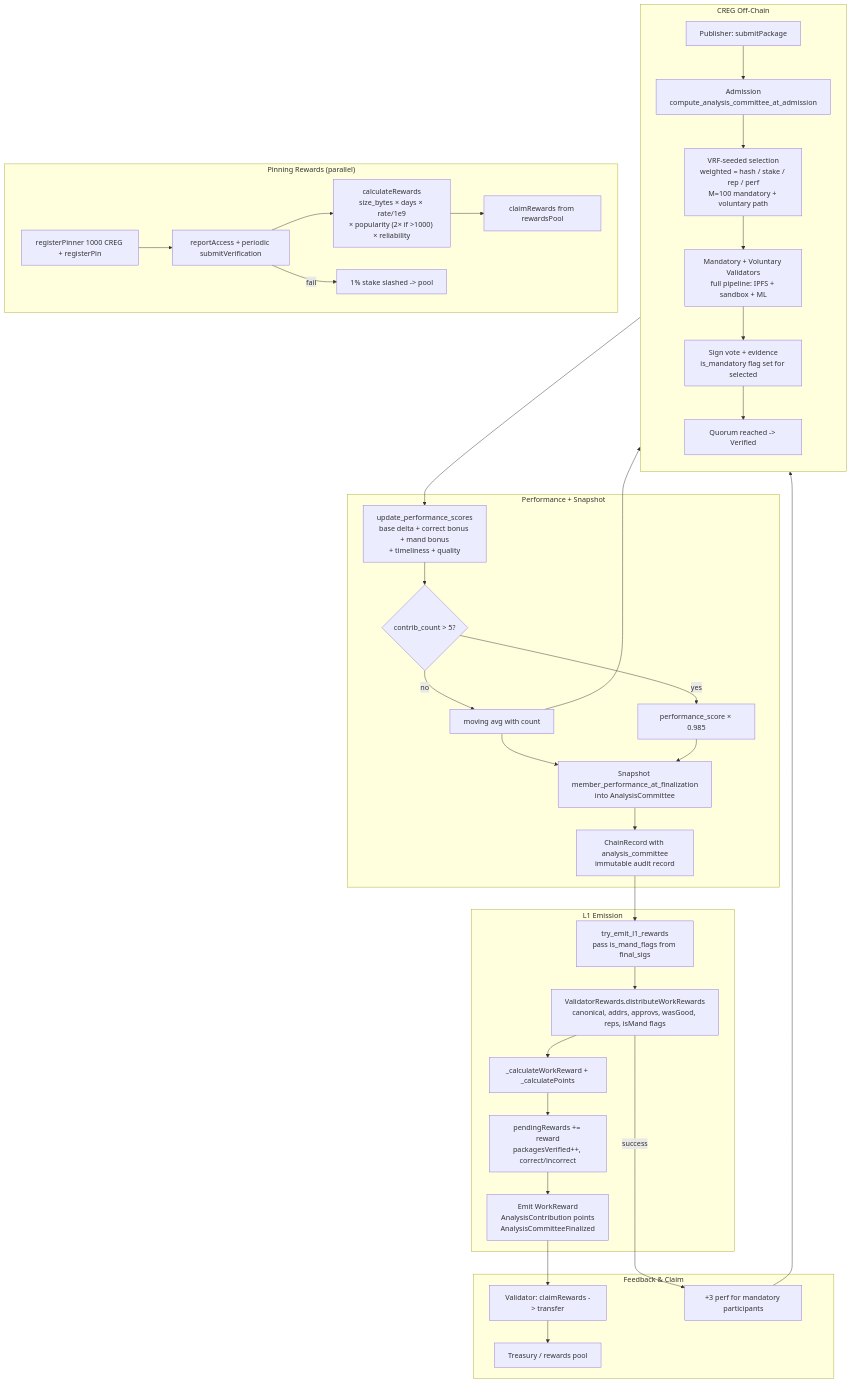
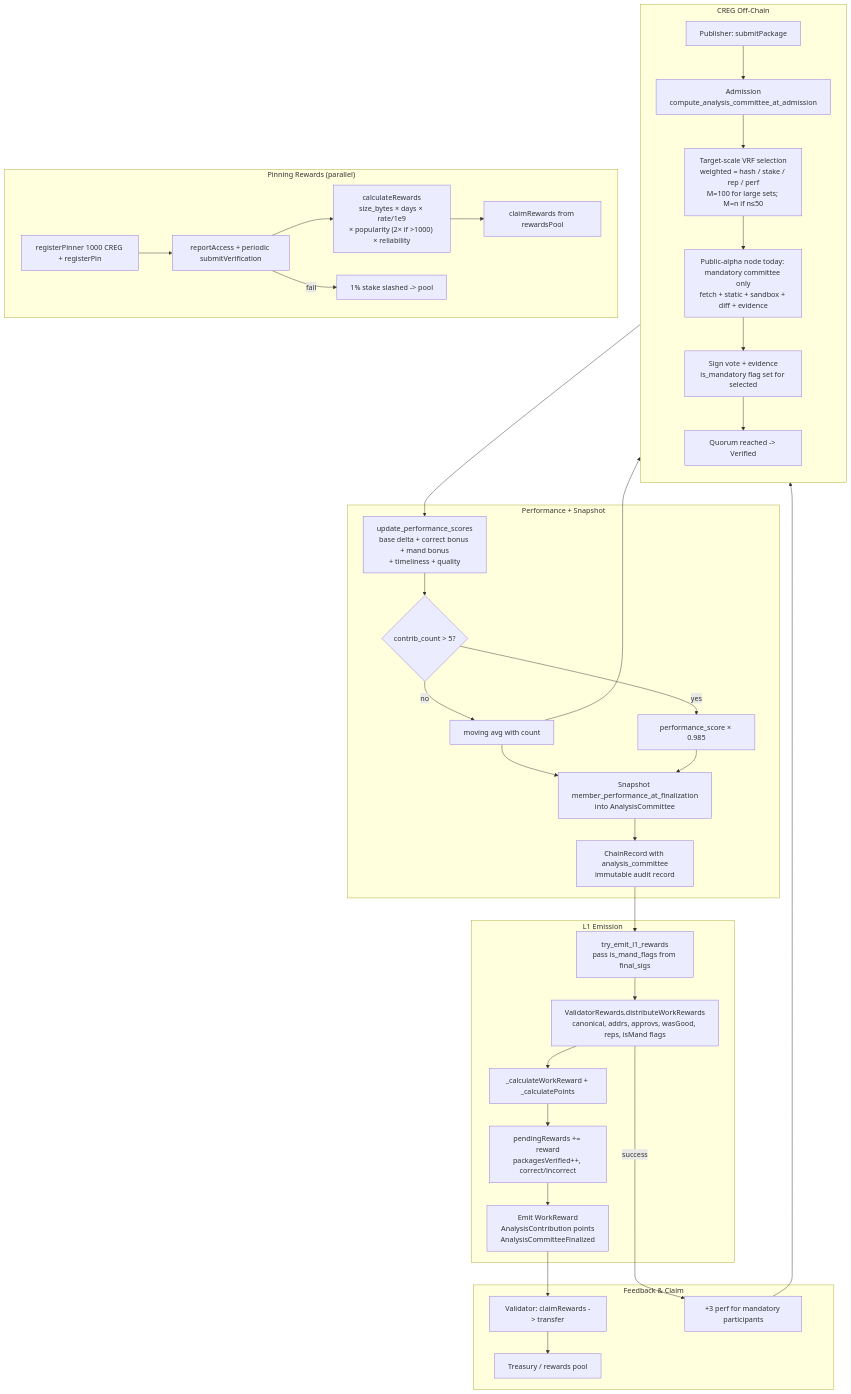
One commit to samuel-1-avson/chain-registry-blockchain-CREG- changed the ninth of 9 diagrams in docs/CREG_SYSTEM_WORKFLOW.md. Above: the diagram before and after it, drawn with Mermaid. The commit also changed other lines of this file and 3 other files, not shown here.

````diff
--- a/docs/CREG_SYSTEM_WORKFLOW.md
+++ b/docs/CREG_SYSTEM_WORKFLOW.md
@@ -1265,44 +1270,44 @@
 ```mermaid
 flowchart TD
     subgraph "CREG Off-Chain"
         direction TB
         Submit[Publisher: submitPackage] --> Admit[Admission<br/>compute_analysis_committee_at_admission]
-        Admit --> Select[VRF-seeded selection<br/>weighted = hash / stake / rep / perf<br/>M=100 mandatory + voluntary path]
-        Select --> Analyze[Mandatory + Voluntary Validators<br/>full pipeline: IPFS + sandbox + ML]
+        Admit --> Select[Target-scale VRF selection<br/>weighted = hash / stake / rep / perf<br/>M=100 for large sets; M=n if n≤50]
+        Select --> Analyze[Public-alpha node today: mandatory committee only<br/>fetch + static + sandbox + diff + evidence]
         Analyze --> Vote[Sign vote + evidence<br/>is_mandatory flag set for selected]
         Vote --> Quorum["Quorum reached -> Verified"]
     end
 
     subgraph "Performance + Snapshot"
         Quorum --> Update[update_performance_scores<br/>base delta + correct bonus + mand bonus<br/>+ timeliness + quality]
         Update --> Decay{contrib_count > 5?}
         Decay -->|yes| PerfDecay[performance_score × 0.985]
         Decay -->|no| PerfAvg[moving avg with count]
         PerfAvg --> Snap[Snapshot member_performance_at_finalization<br/>into AnalysisCommittee]
         PerfDecay --> Snap
         Snap --> Record["ChainRecord with analysis_committee<br/>immutable audit record"]
     end
 
     subgraph "L1 Emission"
         Record --> Hook[try_emit_l1_rewards<br/>pass is_mand_flags from final_sigs]
         Hook --> L1Call["ValidatorRewards.distributeWorkRewards<br/>canonical, addrs, approvs, wasGood, reps, isMand flags"]
         L1Call --> CalcL1[_calculateWorkReward + _calculatePoints]
         CalcL1 --> Credit[pendingRewards += reward<br/>packagesVerified++, correct/incorrect]
         Credit --> Events[Emit WorkReward<br/>AnalysisContribution points<br/>AnalysisCommitteeFinalized]
     end
 
     subgraph "Feedback & Claim"
         Events --> Claim["Validator: claimRewards -> transfer"]
         L1Call -->|success| Boost[+3 perf for mandatory participants]
         Boost --> Select
         PerfAvg --> Select
         Claim --> Treasury[Treasury / rewards pool]
     end
 
     subgraph "Pinning Rewards (parallel)"
         PReg[registerPinner 1000 CREG + registerPin] --> PReport[reportAccess + periodic submitVerification]
         PReport --> PCalc["calculateRewards<br/>size_bytes × days × rate/1e9<br/>× popularity (2× if >1000) × reliability"]
         PCalc --> PClaim[claimRewards from rewardsPool]
         PReport -->|fail| Slash["1% stake slashed -> pool"]
     end
 ```
````
